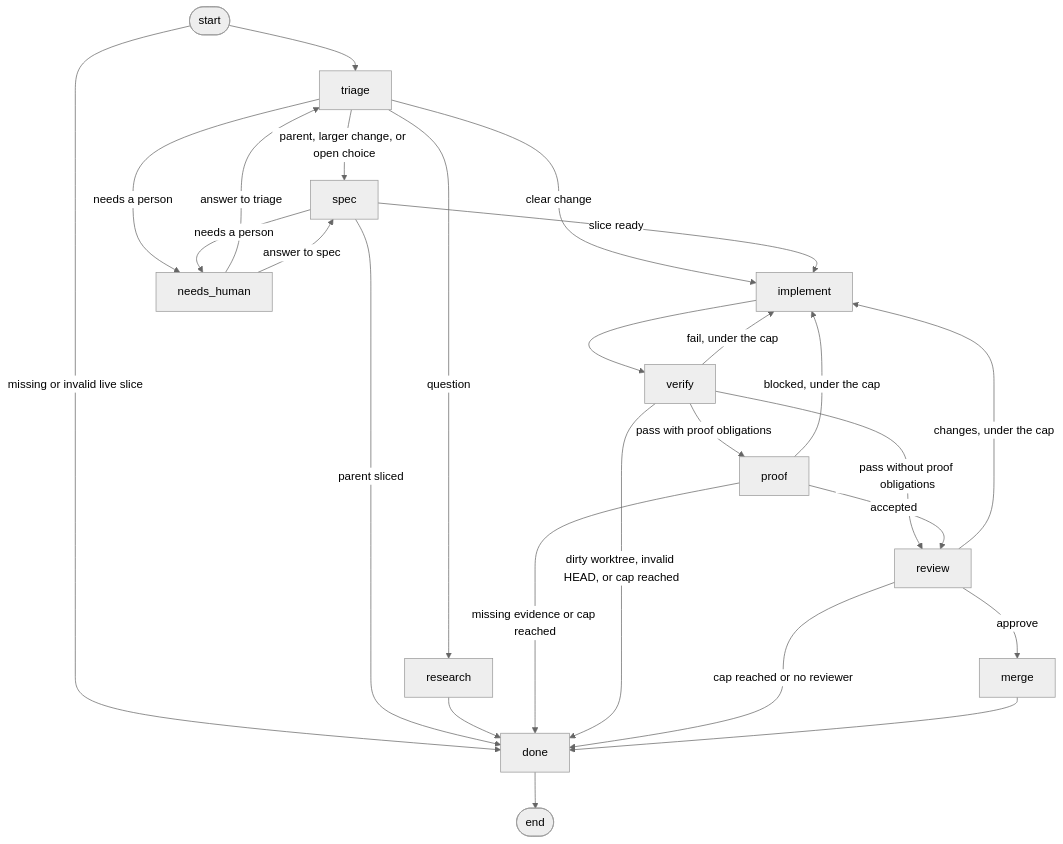
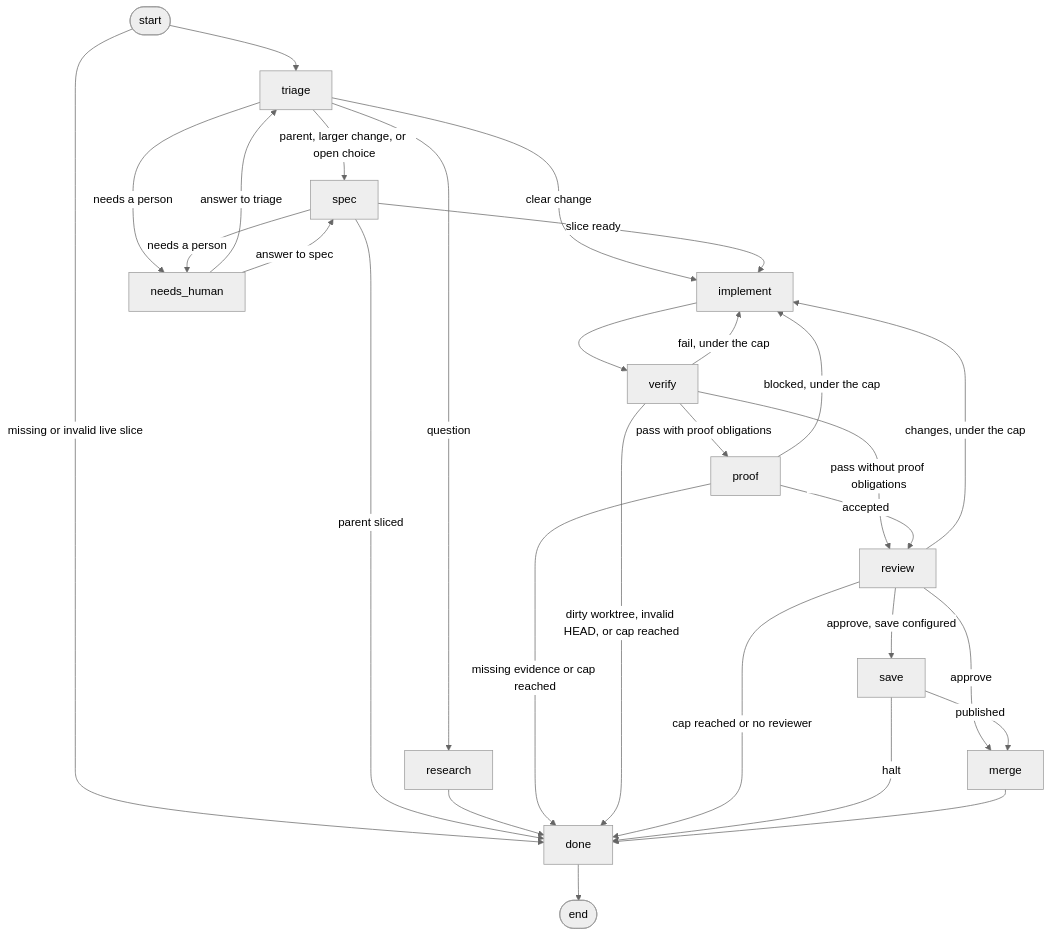
The diagram in README.md (bookout-labs/tools), drawn with Mermaid (neutral theme) before and after one commit. The commit also changed other lines of this file and 6 other files, not shown here.

````diff
--- a/README.md
+++ b/README.md
@@ -9,28 +9,31 @@
 ```mermaid
 flowchart TD
   __start__([start]) --> triage
   __start__ -->|missing or invalid live slice| done
   triage -->|clear change| implement
   triage -->|parent, larger change, or open choice| spec
   triage -->|question| research
   triage -->|needs a person| needs_human
   needs_human -->|answer to triage| triage
   needs_human -->|answer to spec| spec
   spec -->|slice ready| implement
   spec -->|needs a person| needs_human
   spec -->|parent sliced| done
   research --> done
   implement --> verify
   verify -->|pass with proof obligations| proof
   verify -->|pass without proof obligations| review
   proof -->|accepted| review
   proof -->|blocked, under the cap| implement
   proof -->|missing evidence or cap reached| done
   verify -->|fail, under the cap| implement
   verify -->|dirty worktree, invalid HEAD, or cap reached| done
+  review -->|approve, save configured| save
   review -->|approve| merge
   review -->|changes, under the cap| implement
   review -->|cap reached or no reviewer| done
+  save -->|published| merge
+  save -->|halt| done
   merge --> done
   done --> __end__([end])
 ```
````
